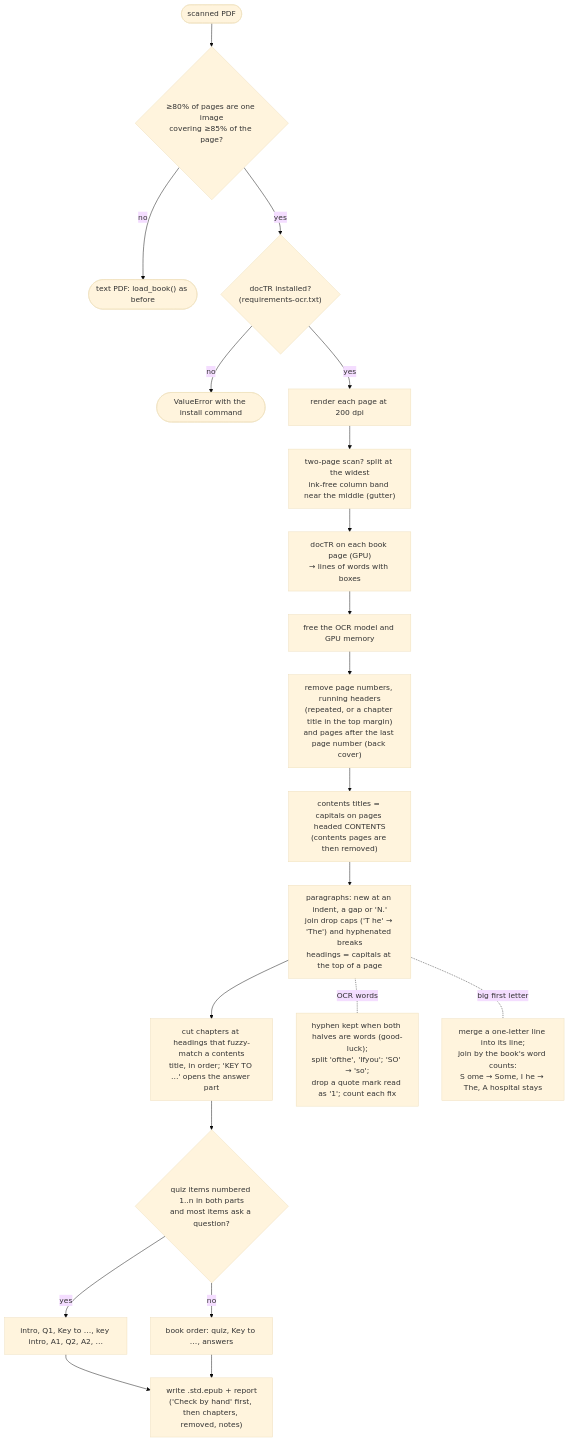
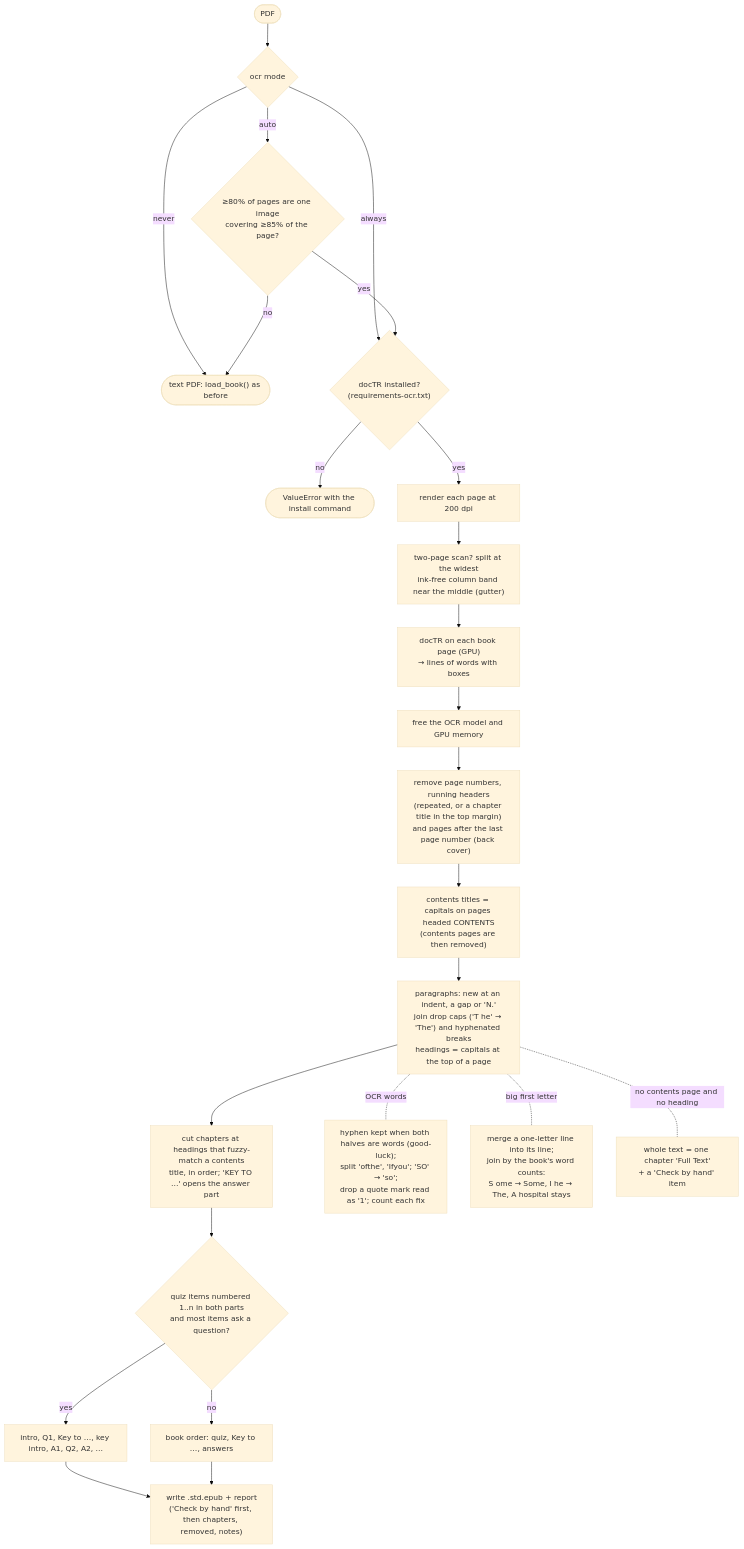
Before and after one commit to Fgkl10/ebook-convert-to-audio: the second of 8 diagrams in desktop/docs/workflow.md, drawn with Mermaid (base theme). The commit also changed other lines of this file and 9 other files, not shown here.

First line of the commit message:
OCR mode (auto/always/never), Clean/Convert/Library tabs, convert an uploaded cleaned book (D-030)

````diff
--- a/desktop/docs/workflow.md
+++ b/desktop/docs/workflow.md
@@ -46,22 +46,26 @@
 ```mermaid
 flowchart TD
-    S([scanned PDF]) --> D{"≥80% of pages are one image<br/>covering ≥85% of the page?"}
-    D -- no --> T(["text PDF: load_book() as before"])
+    S([PDF]) --> MODE{"ocr mode"}
+    MODE -- never --> T(["text PDF: load_book() as before"])
+    MODE -- always --> E
+    MODE -- auto --> D{"≥80% of pages are one image<br/>covering ≥85% of the page?"}
+    D -- no --> T
     D -- yes --> E{"docTR installed?<br/>(requirements-ocr.txt)"}
     E -- no --> ERR(["ValueError with the install command"])
     E -- yes --> R["render each page at 200 dpi"]
     R --> G["two-page scan? split at the widest<br/>ink-free column band near the middle (gutter)"]
     G --> O["docTR on each book page (GPU)<br/>→ lines of words with boxes"]
     O --> FREE["free the OCR model and GPU memory"]
     FREE --> M["remove page numbers, running headers<br/>(repeated, or a chapter title in the top margin)<br/>and pages after the last page number (back cover)"]
     M --> C["contents titles = capitals on pages headed CONTENTS<br/>(contents pages are then removed)"]
     C --> P["paragraphs: new at an indent, a gap or 'N.'<br/>join drop caps ('T he' → 'The') and hyphenated breaks<br/>headings = capitals at the top of a page"]
     P --> H["cut chapters at headings that fuzzy-match a contents<br/>title, in order; 'KEY TO …' opens the answer part"]
     P -. "OCR words" .- FX["hyphen kept when both halves are words (good-luck);<br/>split 'ofthe', 'Ifyou'; 'SO' → 'so';<br/>drop a quote mark read as '1'; count each fix"]
     P -. "big first letter" .- DC["merge a one-letter line into its line;<br/>join by the book's word counts:<br/>S ome → Some, I he → The, A hospital stays"]
+    P -. "no contents page and no heading" .- ONE["whole text = one chapter 'Full Text'<br/>+ a 'Check by hand' item"]
     H --> Q{"quiz items numbered 1..n in both parts<br/>and most items ask a question?"}
     Q -- yes --> I["intro, Q1, Key to …, key intro, A1, Q2, A2, …"]
     Q -- no --> BO["book order: quiz, Key to …, answers"]
     I --> W
     BO --> W["write .std.epub + report<br/>('Check by hand' first, then chapters, removed, notes)"]
 ```
````
